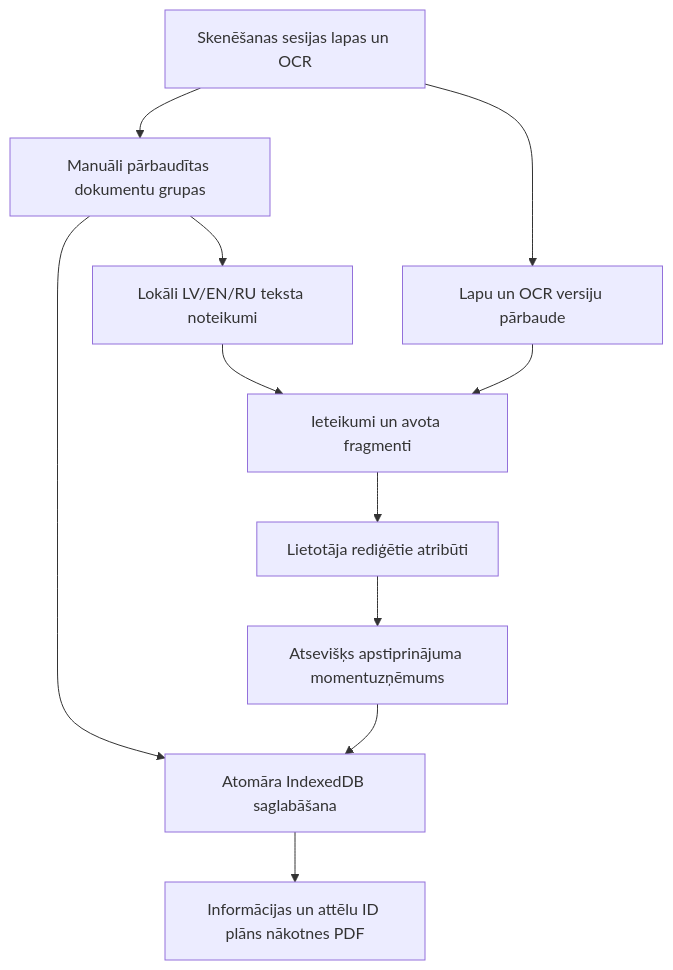
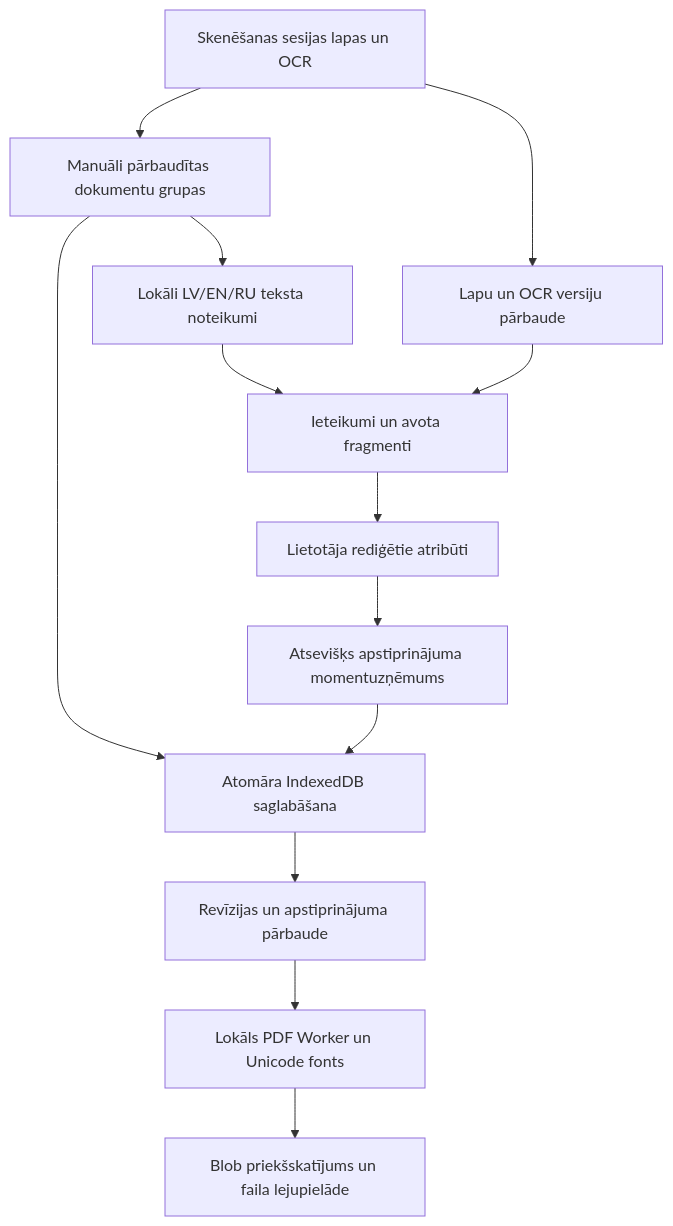
One commit to 23DP1ELevsa/GASO-Document-AI changed the first of 2 diagrams in docs/diagrams/document-processing-architecture.md. Above: the diagram before and after it, drawn with Mermaid. The commit also changed other lines of this file and 32 other files, not shown here.

Commit message:
Pievienota PDF ģenerēšana un priekšskatījums

````diff
--- a/docs/diagrams/document-processing-architecture.md
+++ b/docs/diagrams/document-processing-architecture.md
@@ -5,13 +5,15 @@
 ```mermaid
 flowchart TD
     S[Skenēšanas sesijas lapas un OCR] --> G[Manuāli pārbaudītas dokumentu grupas]
     G --> L[Lokāli LV/EN/RU teksta noteikumi]
     L --> I[Ieteikumi un avota fragmenti]
     I --> U[Lietotāja rediģētie atribūti]
     U --> C[Atsevišķs apstiprinājuma momentuzņēmums]
     G --> D[Atomāra IndexedDB saglabāšana]
     C --> D
     S --> V[Lapu un OCR versiju pārbaude]
     V --> I
-    D --> P[Informācijas un attēlu ID plāns nākotnes PDF]
+    D --> P[Revīzijas un apstiprinājuma pārbaude]
+    P --> W[Lokāls PDF Worker un Unicode fonts]
+    W --> E[Blob priekšskatījums un faila lejupielāde]
 ```
````
